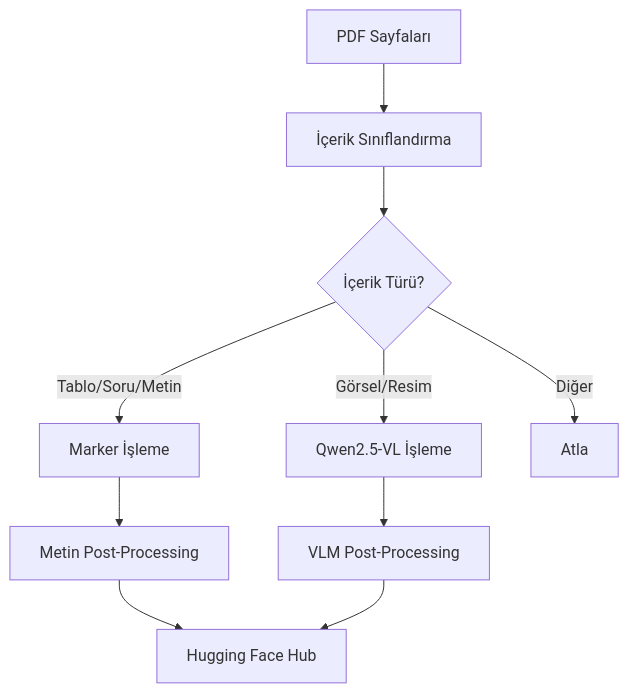
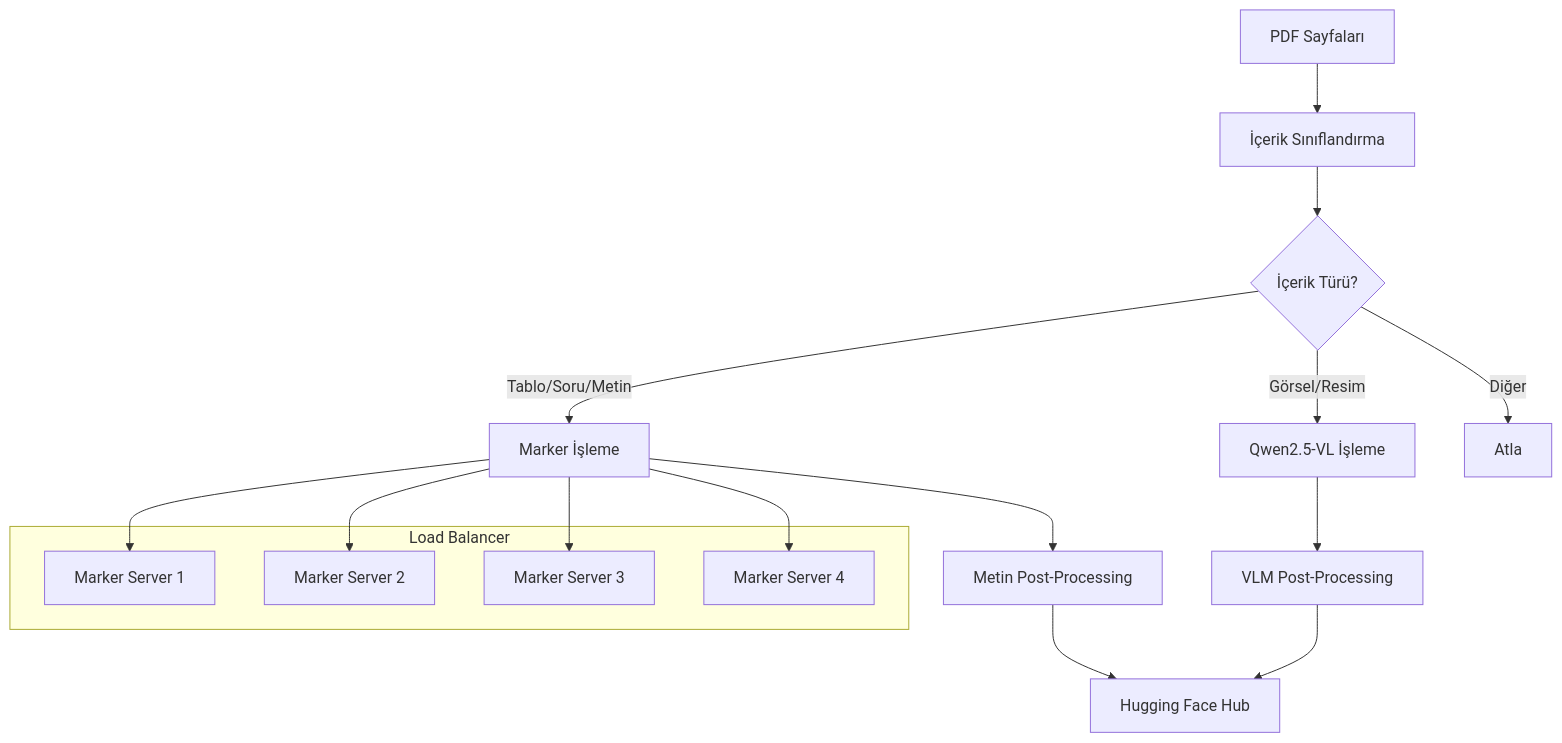
The diagram in README.md (orcnnn/pdf-router), drawn with Mermaid before and after one commit. The commit also changed other lines of this file and 1 other file, not shown here.

````diff
--- a/README.md
+++ b/README.md
@@ -118,12 +160,24 @@
 ```mermaid
-graph TD
+graph TB
     A[PDF Sayfaları] --> B[İçerik Sınıflandırma]
     B --> C{İçerik Türü?}
     C -->|Tablo/Soru/Metin| D[Marker İşleme]
     C -->|Görsel/Resim| E[Qwen2.5-VL İşleme]
     C -->|Diğer| F[Atla]
     D --> G[Metin Post-Processing]
     E --> H[VLM Post-Processing]
     G --> I[Hugging Face Hub]
     H --> I
+    
+    subgraph "Load Balancer"
+        J[Marker Server 1]
+        K[Marker Server 2]
+        L[Marker Server 3]
+        M[Marker Server 4]
+    end
+    
+    D --> J
+    D --> K
+    D --> L
+    D --> M
 ```
````
